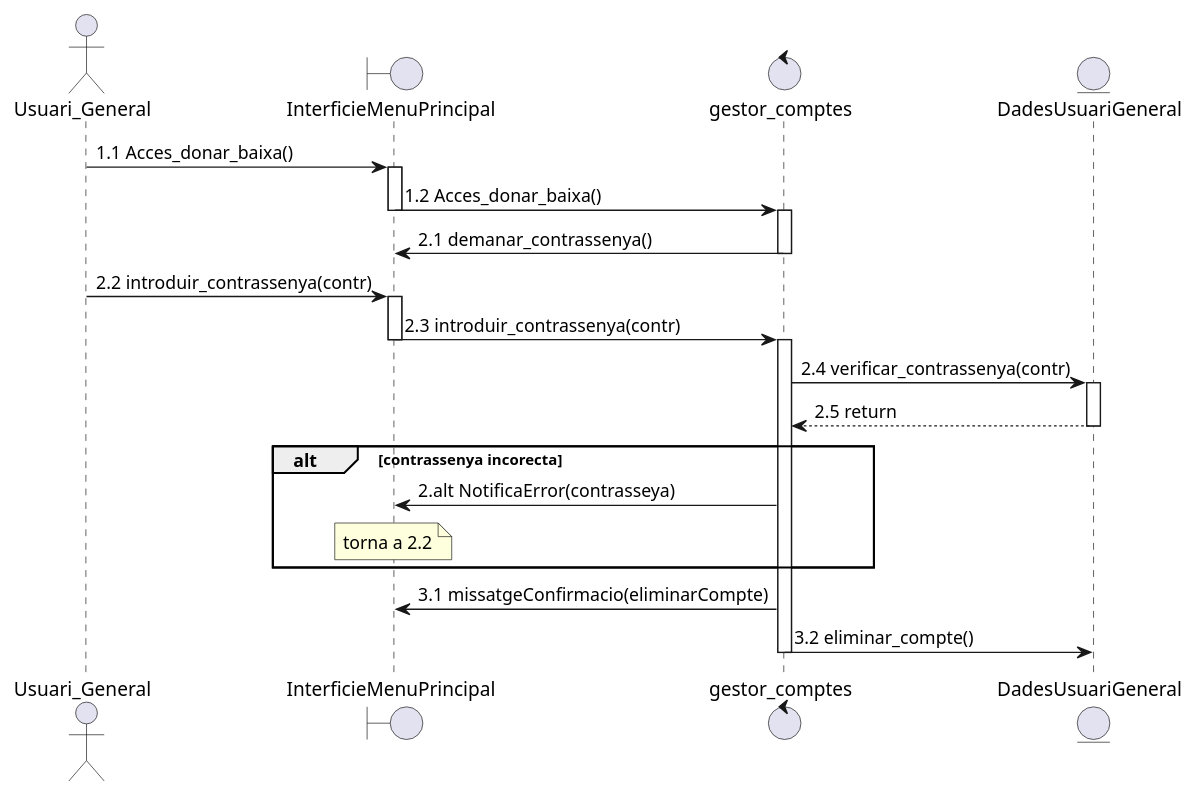
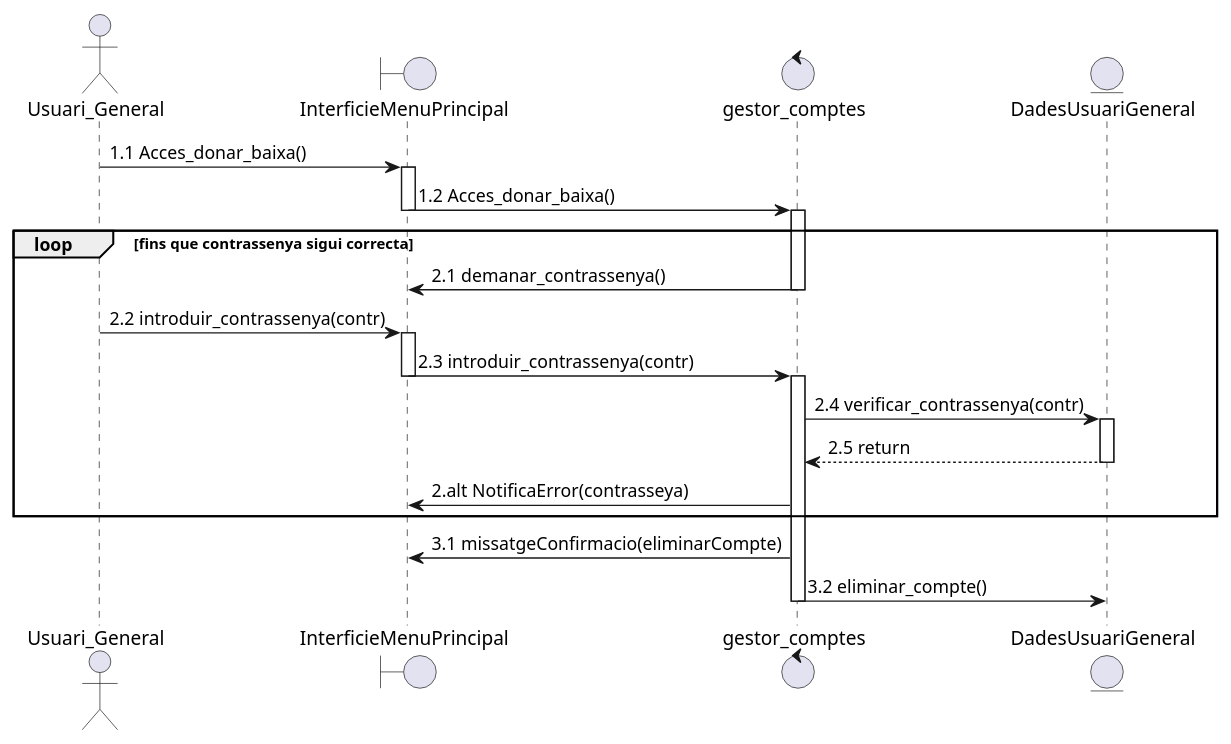
One commit to martipages/ES23UAB431-02 changed the diagram in documents/Diagrames i Especificacions/Seqüencia/ALEJANDRO/7- Donar-se de baixa.puml. Above: the diagram before and after it, drawn with PlantUML. The commit also changed 11 other files, not shown here.

```diff
--- a/documents/Diagrames i Especificacions/Seqüencia/ALEJANDRO/7- Donar-se de baixa.puml
+++ b/documents/Diagrames i Especificacions/Seqüencia/ALEJANDRO/7- Donar-se de baixa.puml
@@ -1,24 +1,23 @@
 @startuml
 
 actor Usuari_General as Usuari
 boundary InterficieMenuPrincipal as interficie
 control gestor_comptes as gestor
 entity DadesUsuariGeneral as dades
 
 Usuari -> interficie ++ : 1.1 Acces_donar_baixa()
 interficie -> gestor --++ : 1.2 Acces_donar_baixa()
 
+loop fins que contrassenya sigui correcta
 gestor -> interficie -- : 2.1 demanar_contrassenya()
 Usuari -> interficie ++  : 2.2 introduir_contrassenya(contr)
 interficie -> gestor --++ : 2.3 introduir_contrassenya(contr)
 gestor -> dades ++ : 2.4 verificar_contrassenya(contr)
 dades --> gestor -- : 2.5 return
-alt contrassenya incorecta
 gestor -> interficie : 2.alt NotificaError(contrasseya)
-note over interficie : torna a 2.2
 end
 gestor -> interficie : 3.1 missatgeConfirmacio(eliminarCompte)
 gestor -> dades --: 3.2 eliminar_compte()
 
 
 @enduml
```
